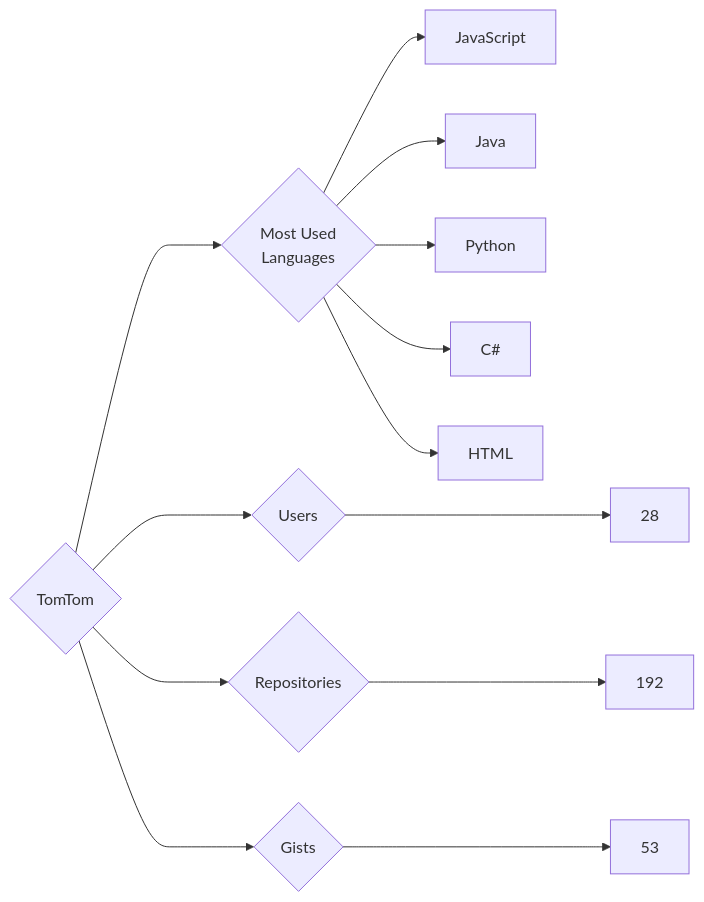
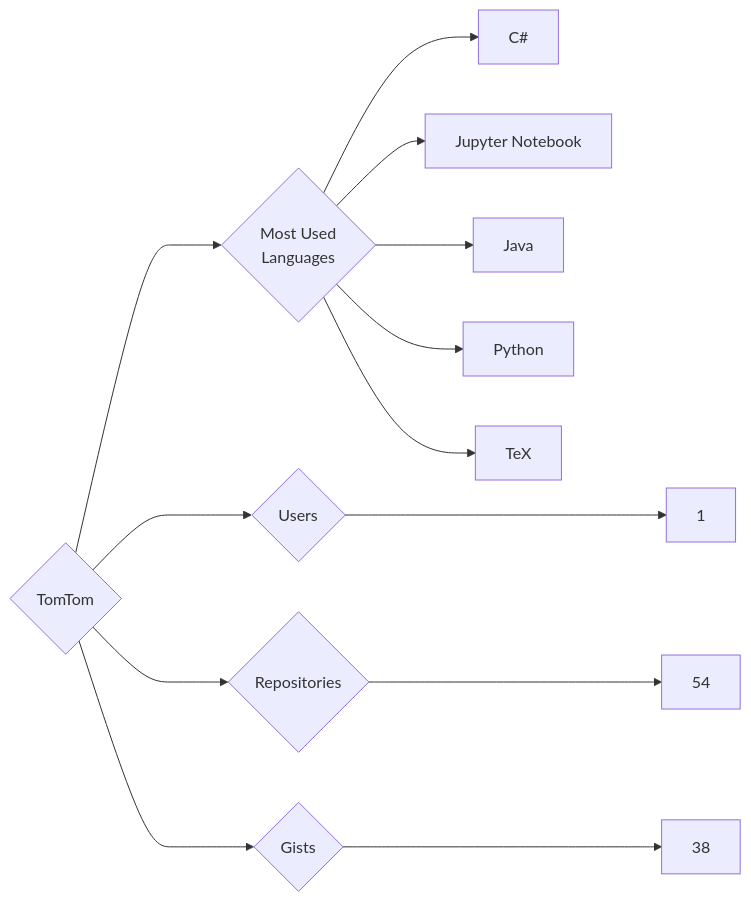
The diagram in targets/TomTom/README.md (trickest/insiders), drawn with Mermaid before and after one commit. The commit also changed 886 other files, not shown here.

````diff
--- a/targets/TomTom/README.md
+++ b/targets/TomTom/README.md
@@ -3,13 +3,13 @@
 ```mermaid
 graph LR
 COMPANY_NAME{TomTom}
-COMPANY_NAME ---> U{Users} ---> UN[28]
-COMPANY_NAME ---> R{Repositories} ---> RN[192]
-COMPANY_NAME ---> G{Gists} ---> GN[53]
+COMPANY_NAME ---> U{Users} ---> UN[1]
+COMPANY_NAME ---> R{Repositories} ---> RN[54]
+COMPANY_NAME ---> G{Gists} ---> GN[38]
 COMPANY_NAME ---> ML{Most Used<br>Languages}
-ML --> JavaScript[JavaScript]
+ML --> C#[C#]
+ML --> Jupyter_Notebook[Jupyter Notebook]
 ML --> Java[Java]
 ML --> Python[Python]
-ML --> C#[C#]
-ML --> HTML[HTML]
+ML --> TeX[TeX]
 ```
````
